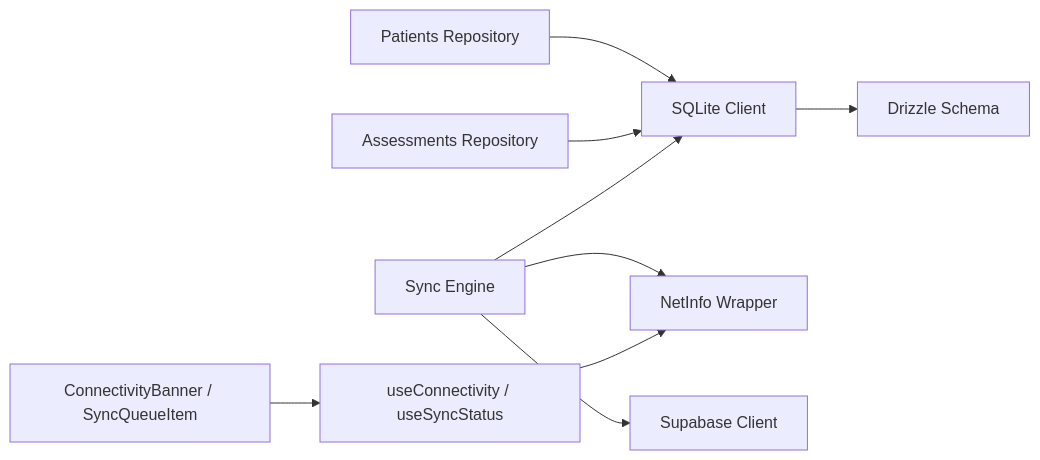
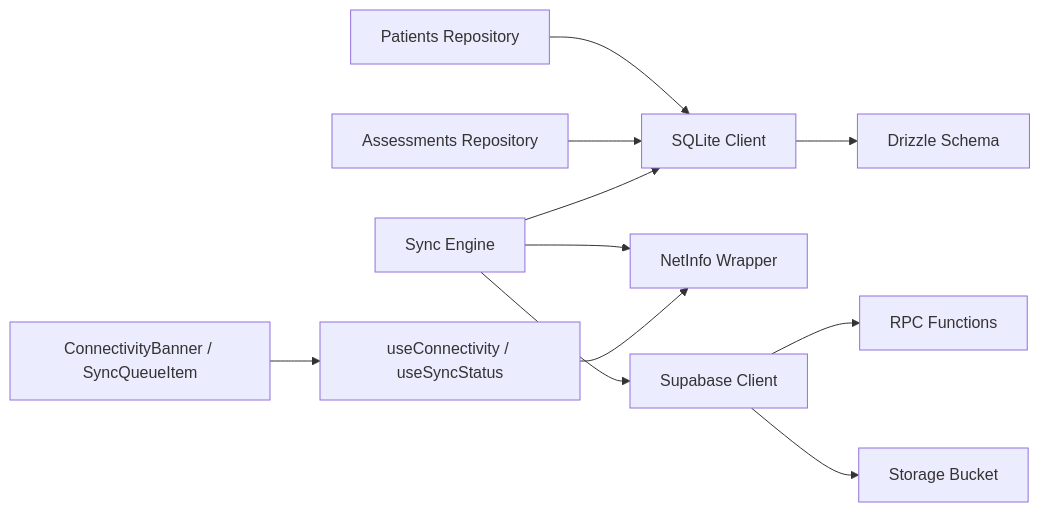
The ninth of 10 diagrams in .qoder/repowiki/en/content/Synchronization System.md (AdeelTahir-SE/DermSight), drawn with Mermaid before and after one commit. The commit also changed other lines of this file and 33 other files, not shown here.

````diff
--- a/.qoder/repowiki/en/content/Synchronization System.md
+++ b/.qoder/repowiki/en/content/Synchronization System.md
@@ -336,11 +523,13 @@
 ```mermaid
 graph LR
 RepoP["Patients Repository"] --> DB["SQLite Client"]
 RepoA["Assessments Repository"] --> DB
 DB --> Schema["Drizzle Schema"]
 Engine["Sync Engine"] --> DB
 Engine --> NetInfo["NetInfo Wrapper"]
 Engine --> Supabase["Supabase Client"]
+Supabase --> RPC["RPC Functions"]
+Supabase --> Storage["Storage Bucket"]
 UI["ConnectivityBanner / SyncQueueItem"] --> Hooks["useConnectivity / useSyncStatus"]
 Hooks --> NetInfo
 ```
````
